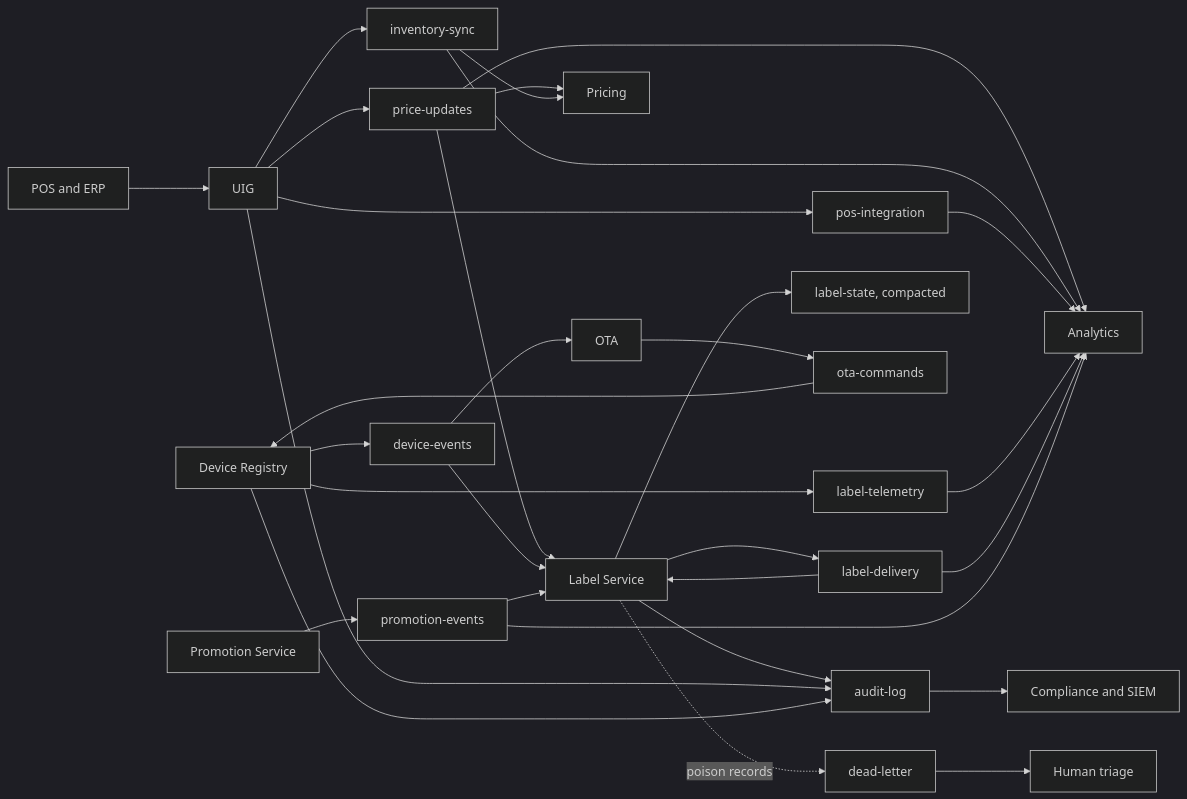
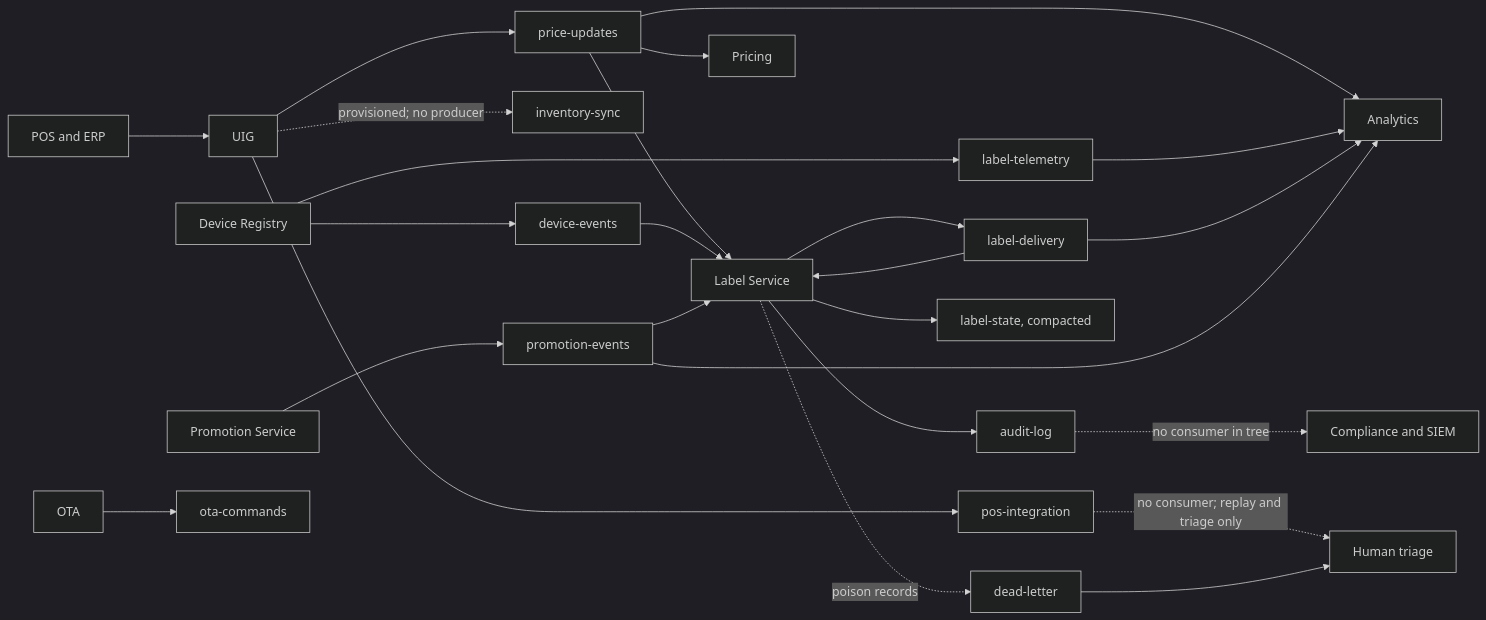
One commit to udaykishore-resu/usslp-platform changed the first of 9 diagrams in docs/architecture/06-data-architecture.md. Above: the diagram before and after it, drawn with Mermaid (dark theme). The commit also changed other lines of this file and 16 other files, not shown here.

First line of the commit message:
docs: add a diagram index, and audit every diagram against the code

````diff
--- a/docs/architecture/06-data-architecture.md
+++ b/docs/architecture/06-data-architecture.md
@@ -46,40 +46,35 @@
 ```mermaid
 flowchart LR
     pos["POS and ERP"] --> uig["UIG"]
     uig --> s_price["price-updates"]
     uig --> s_pos["pos-integration"]
-    uig --> s_inv["inventory-sync"]
+    uig -.->|"provisioned; no producer"| s_inv["inventory-sync"]
 
     s_price --> ls["Label Service"]
     s_price --> pr["Pricing"]
     s_price --> an["Analytics"]
-    s_inv --> pr
-    s_inv --> an
-    s_pos --> an
+    s_pos -.->|"no consumer; replay and triage only"| triage
 
     reg["Device Registry"] --> s_dev["device-events"]
     reg --> s_tel["label-telemetry"]
     s_dev --> ls
-    s_dev --> ota["OTA"]
+    ota["OTA"]
     s_tel --> an
 
     ls --> s_del["label-delivery"]
     ls --> s_lstate["label-state, compacted"]
     s_del --> ls
     s_del --> an
 
     promo["Promotion Service"] --> s_promo["promotion-events"]
     s_promo --> an
     s_promo --> ls
 
     ota --> s_ota["ota-commands"]
-    s_ota --> reg
 
     ls --> s_audit["audit-log"]
-    uig --> s_audit
-    reg --> s_audit
-    s_audit --> siem["Compliance and SIEM"]
+    s_audit -.->|"no consumer in tree"| siem["Compliance and SIEM"]
 
     ls -.->|"poison records"| s_dlq["dead-letter"]
     s_dlq --> triage["Human triage"]
 ```
````
